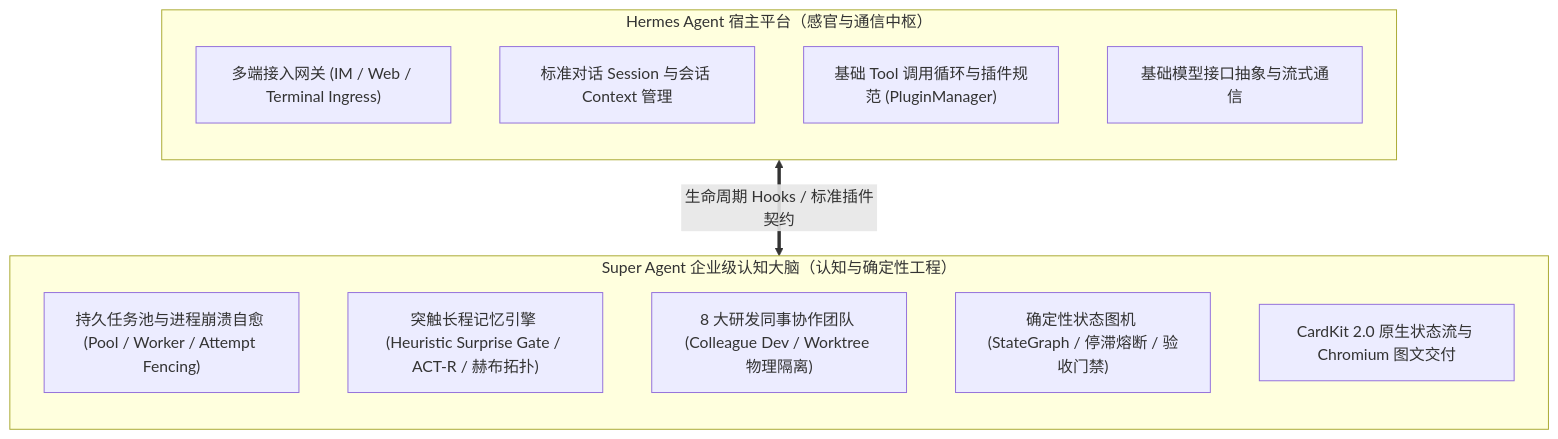
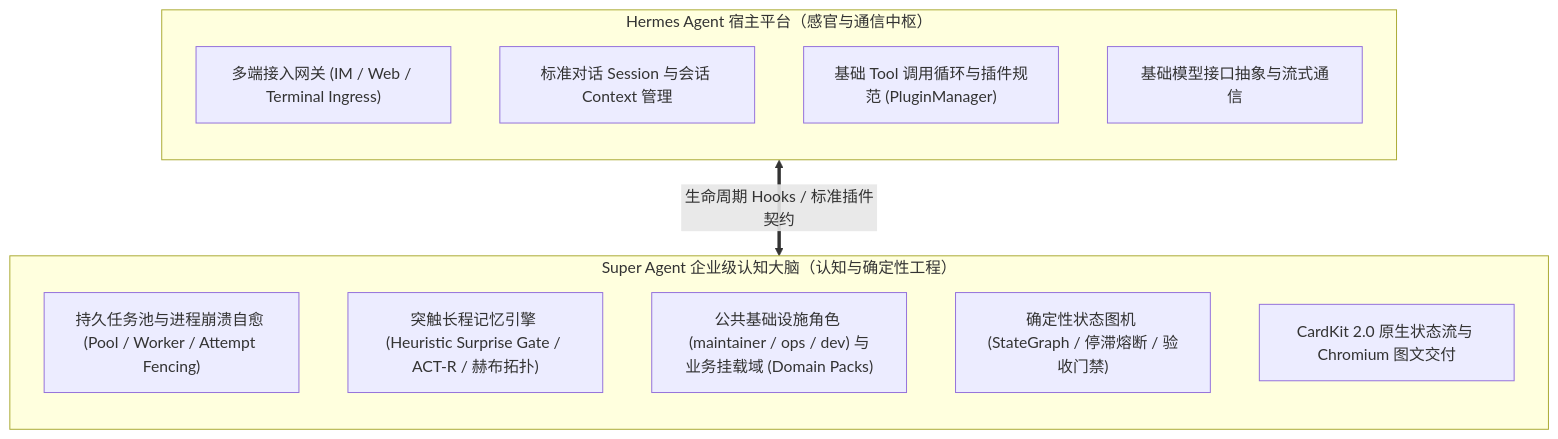
The second of 3 diagrams in docs/ARCHITECTURE.md (caixuf/super-agent), drawn with Mermaid before and after one commit. The commit also changed other lines of this file and 3 other files, not shown here.

Commit message:
feat(colleague): decouple common roles from domain packs and enable dynamic registry sync

````diff
--- a/docs/ARCHITECTURE.md
+++ b/docs/ARCHITECTURE.md
@@ -45,21 +45,21 @@
 ```mermaid
 flowchart TD
     subgraph Hermes["Hermes Agent 宿主平台（感官与通信中枢）"]
         direction TB
         H1["多端接入网关 (IM / Web / Terminal Ingress)"]
         H2["标准对话 Session 与会话 Context 管理"]
         H3["基础 Tool 调用循环与插件规范 (PluginManager)"]
         H4["基础模型接口抽象与流式通信"]
     end
 
     subgraph SuperAgent["Super Agent 企业级认知大脑（认知与确定性工程）"]
         direction TB
         S1["持久任务池与进程崩溃自愈 (Pool / Worker / Attempt Fencing)"]
         S2["突触长程记忆引擎 (Heuristic Surprise Gate / ACT-R / 赫布拓扑)"]
-        S3["8 大研发同事协作团队 (Colleague Dev / Worktree 物理隔离)"]
+        S3["公共基础设施角色 (maintainer / ops / dev) 与业务挂载域 (Domain Packs)"]
         S4["确定性状态图机 (StateGraph / 停滞熔断 / 验收门禁)"]
         S5["CardKit 2.0 原生状态流与 Chromium 图文交付"]
     end
 
     Hermes <== "生命周期 Hooks / 标准插件契约" ==> SuperAgent
 ```
````
